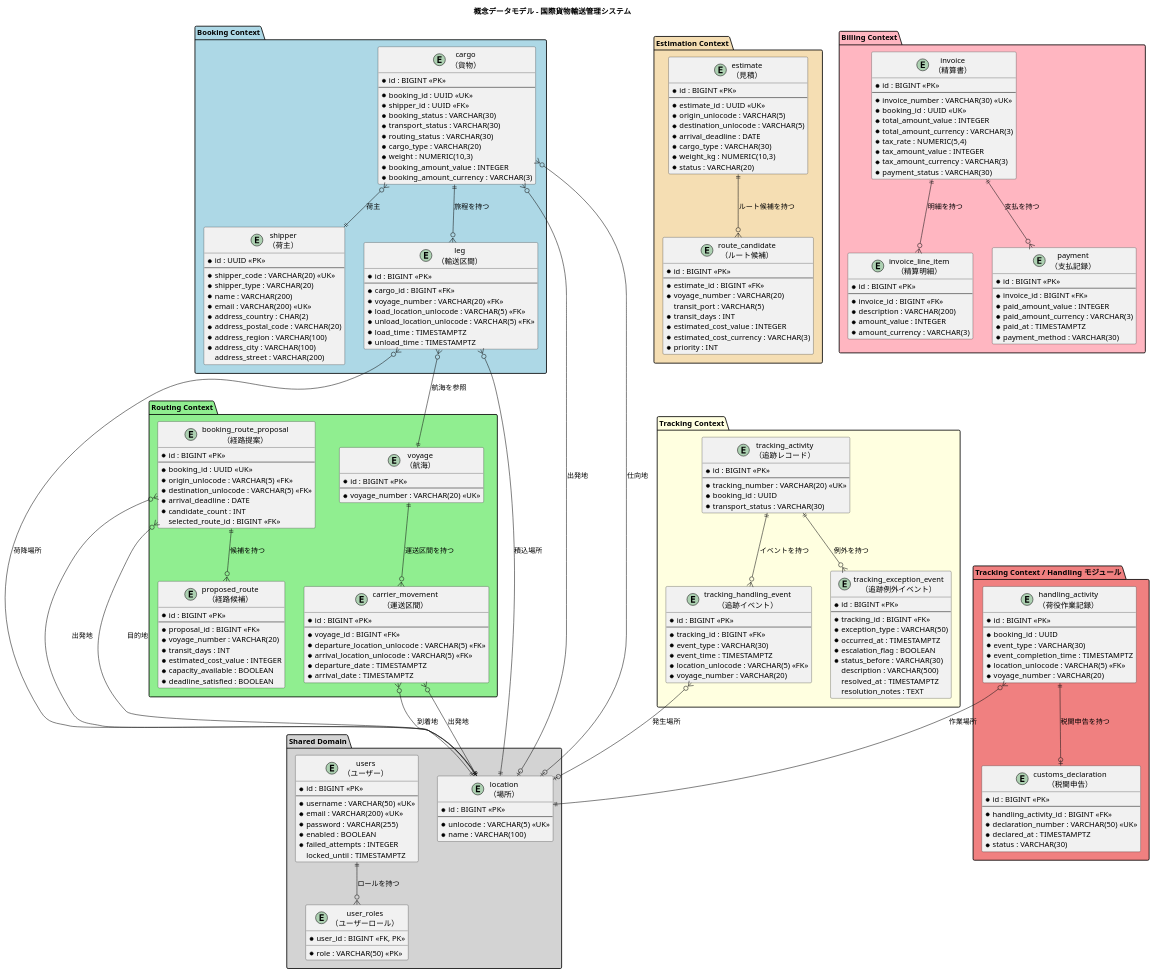
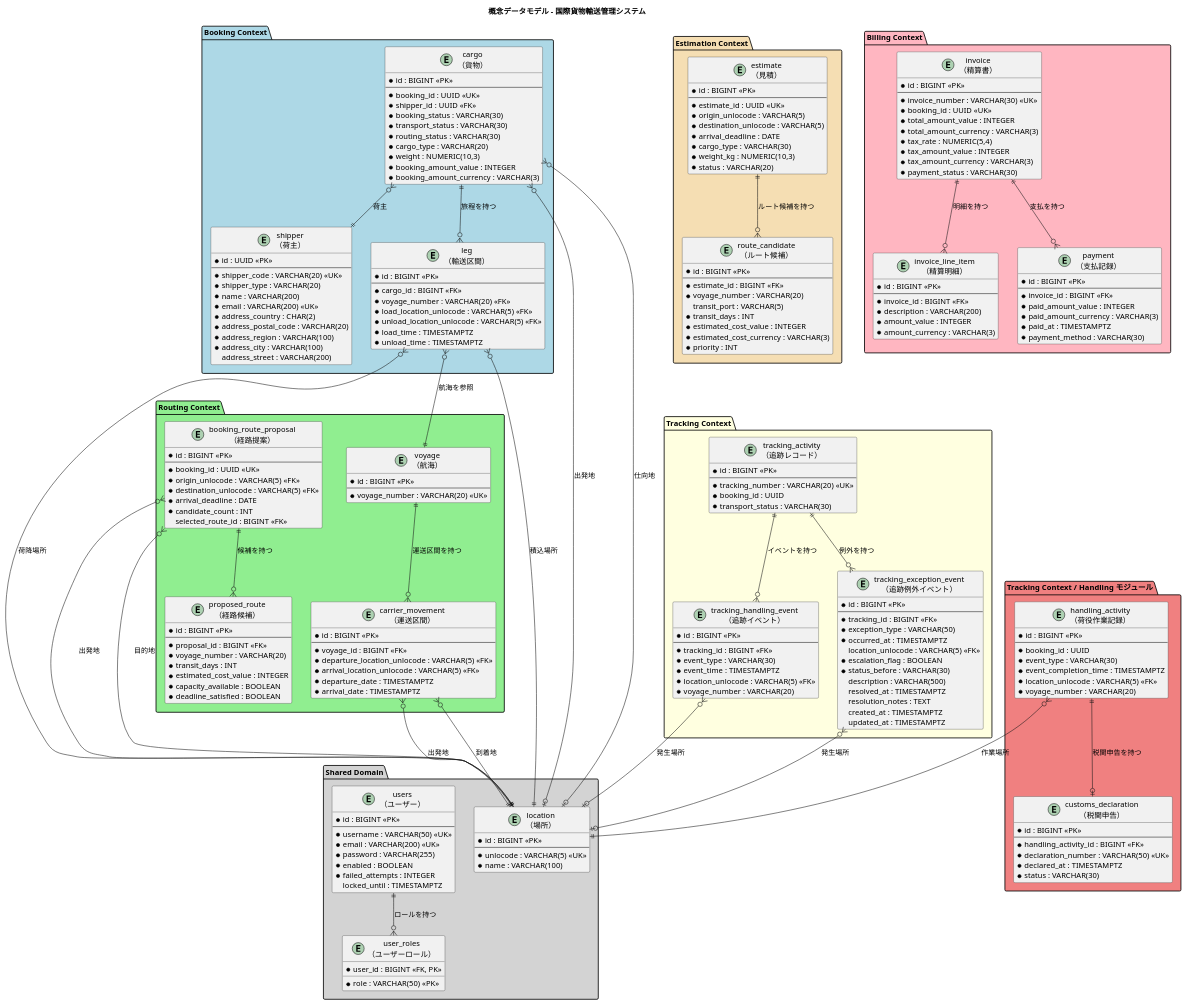
Before and after one commit to k2works/case-study-cargo-tracker: the first of 9 diagrams in docs/design/data-model.md, drawn with PlantUML. The commit also changed other lines of this file and 3 other files, not shown here.

```diff
--- a/docs/design/data-model.md
+++ b/docs/design/data-model.md
@@ -176,11 +176,14 @@
     * tracking_id : BIGINT <<FK>>
     * exception_type : VARCHAR(50)
     * occurred_at : TIMESTAMPTZ
+    location_unlocode : VARCHAR(5) <<FK>>
     * escalation_flag : BOOLEAN
     * status_before : VARCHAR(30)
     description : VARCHAR(500)
     resolved_at : TIMESTAMPTZ
     resolution_notes : TEXT
+    created_at : TIMESTAMPTZ
+    updated_at : TIMESTAMPTZ
   }
 }
 
@@ -285,6 +288,7 @@
 ' Tracking Context relations
 tracking_activity ||--o{ tracking_handling_event : "イベントを持つ"
 tracking_activity ||--o{ tracking_exception_event : "例外を持つ"
+tracking_exception_event }o--o| location : "発生場所"
 tracking_handling_event }o--o| location : "発生場所"
 
 ' Handling モジュール relations
```
